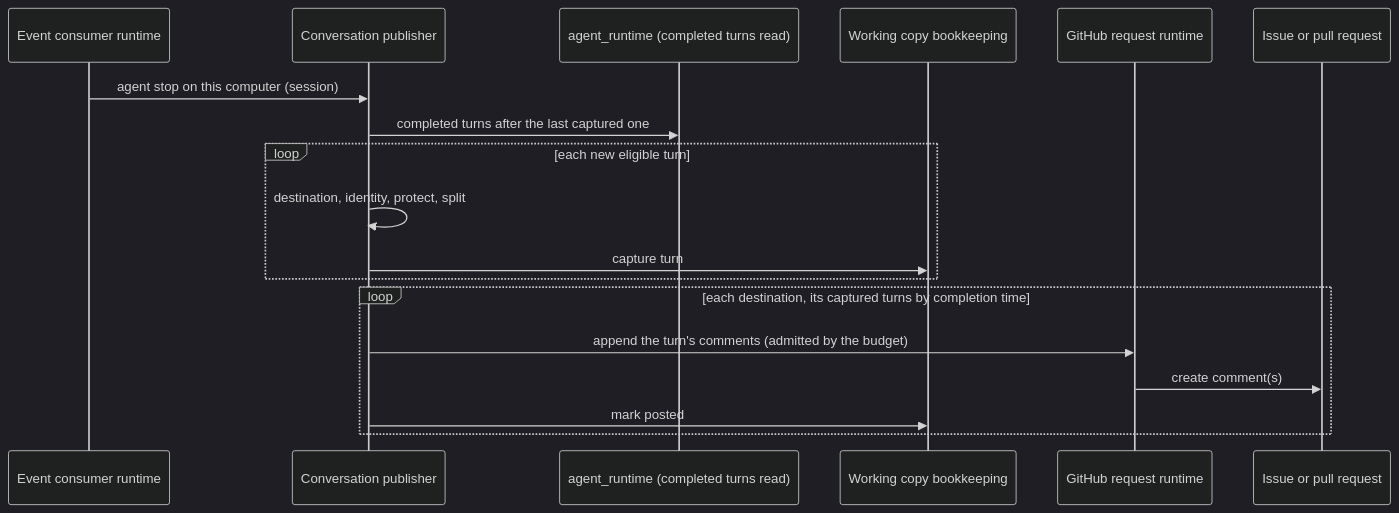
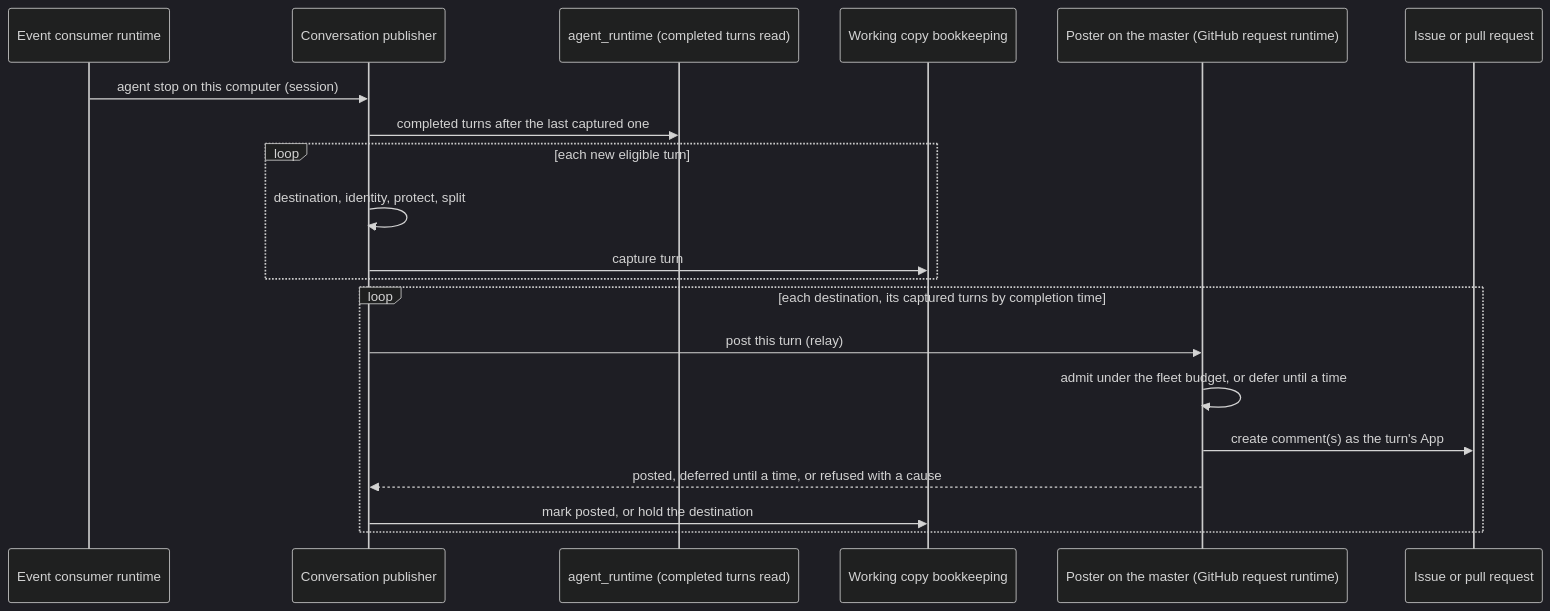
Before and after one commit to InstruktAI/TeleClaude: the diagram in docs/local/design/architecture/work-item-conversation.md, drawn with Mermaid (dark theme). The commit also changed other lines of this file and 1 other file, not shown here.

First line of the commit message:
docs(work-item-conversation): post every computer's turns from the fleet master under one budget and stop

````diff
--- a/docs/local/design/architecture/work-item-conversation.md
+++ b/docs/local/design/architecture/work-item-conversation.md
@@ -160,20 +167,22 @@
 ```mermaid
 sequenceDiagram
     participant EC as Event consumer runtime
     participant P as Conversation publisher
     participant AR as agent_runtime (completed turns read)
     participant WC as Working copy bookkeeping
-    participant IO as GitHub request runtime
+    participant M as Poster on the master (GitHub request runtime)
     participant GH as Issue or pull request
     EC->>P: agent stop on this computer (session)
     P->>AR: completed turns after the last captured one
     loop each new eligible turn
         P->>P: destination, identity, protect, split
         P->>WC: capture turn
     end
     loop each destination, its captured turns by completion time
-        P->>IO: append the turn's comments (admitted by the budget)
-        IO->>GH: create comment(s)
-        P->>WC: mark posted
+        P->>M: post this turn (relay)
+        M->>M: admit under the fleet budget, or defer until a time
+        M->>GH: create comment(s) as the turn's App
+        M-->>P: posted, deferred until a time, or refused with a cause
+        P->>WC: mark posted, or hold the destination
     end
 ```
````
